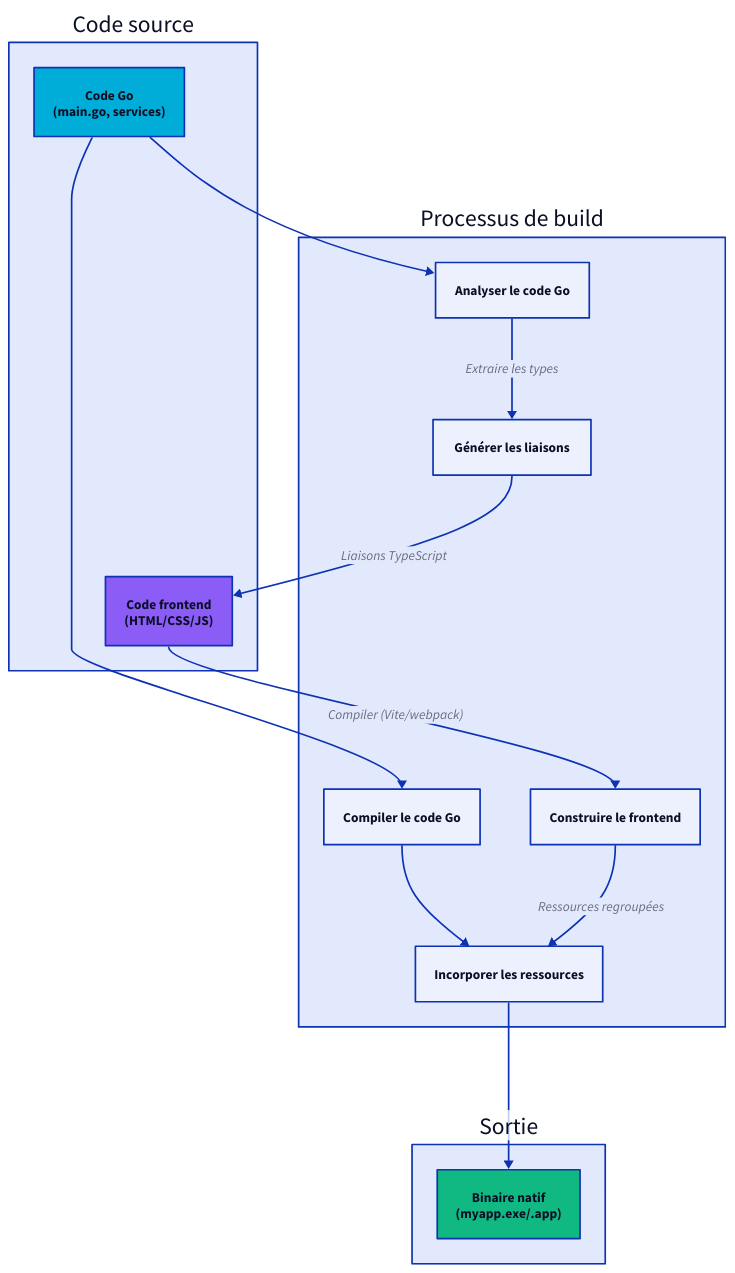
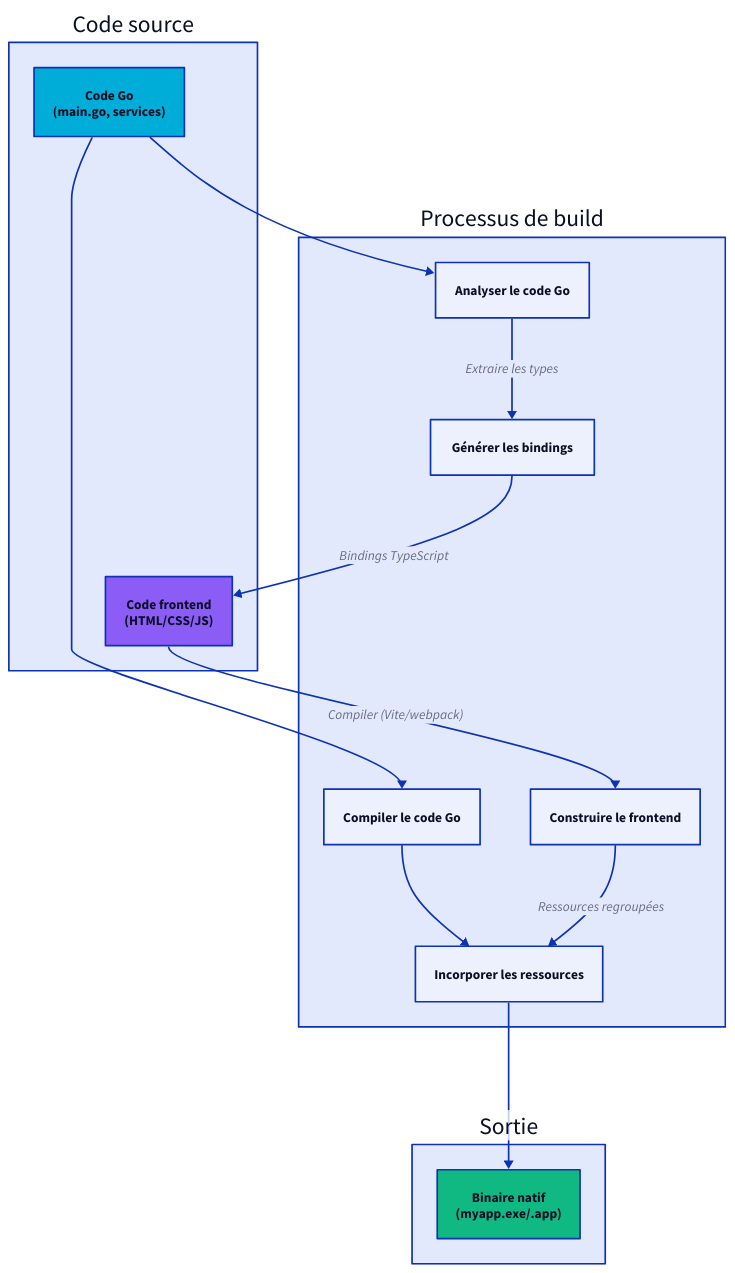
The fifth of 8 diagrams in docs/mpress/content/fr/concepts/architecture.md (wailsapp/wails), drawn with D2 before and after one commit. The commit also changed other lines of this file and 1096 other files, not shown here.

````diff
--- a/docs/mpress/content/fr/concepts/architecture.md
+++ b/docs/mpress/content/fr/concepts/architecture.md
@@ -343,53 +343,53 @@
 ```d2
 direction: down
 
 Source: Code source {
   Go: "Code Go\n(main.go, services)" {
     shape: rectangle
     style.fill: "#00ADD8"
   }
 
   Frontend: "Code frontend\n(HTML/CSS/JS)" {
     shape: rectangle
     style.fill: "#8B5CF6"
   }
 }
 
 Build: Processus de build {
   AnalyseGo: Analyser le code Go {
     shape: rectangle
   }
 
-  GenerateBindings: Générer les liaisons {
+  GenerateBindings: Générer les bindings {
     shape: rectangle
   }
 
   BuildFrontend: Construire le frontend {
     shape: rectangle
   }
 
   CompileGo: Compiler le code Go {
     shape: rectangle
   }
 
   Embed: Incorporer les ressources {
     shape: rectangle
   }
 }
 
 Output: Sortie {
   Binary: "Binaire natif\n(myapp.exe/.app)" {
     shape: rectangle
     style.fill: "#10B981"
   }
 }
 
 Source.Go -> Build.AnalyseGo
 Build.AnalyseGo -> Build.GenerateBindings: Extraire les types
-Build.GenerateBindings -> Source.Frontend: Liaisons TypeScript
+Build.GenerateBindings -> Source.Frontend: Bindings TypeScript
 Source.Frontend -> Build.BuildFrontend: Compiler (Vite/webpack)
 Build.BuildFrontend -> Build.Embed: Ressources regroupées
 Source.Go -> Build.CompileGo
 Build.CompileGo -> Build.Embed
 Build.Embed -> Output.Binary
 ```
````
